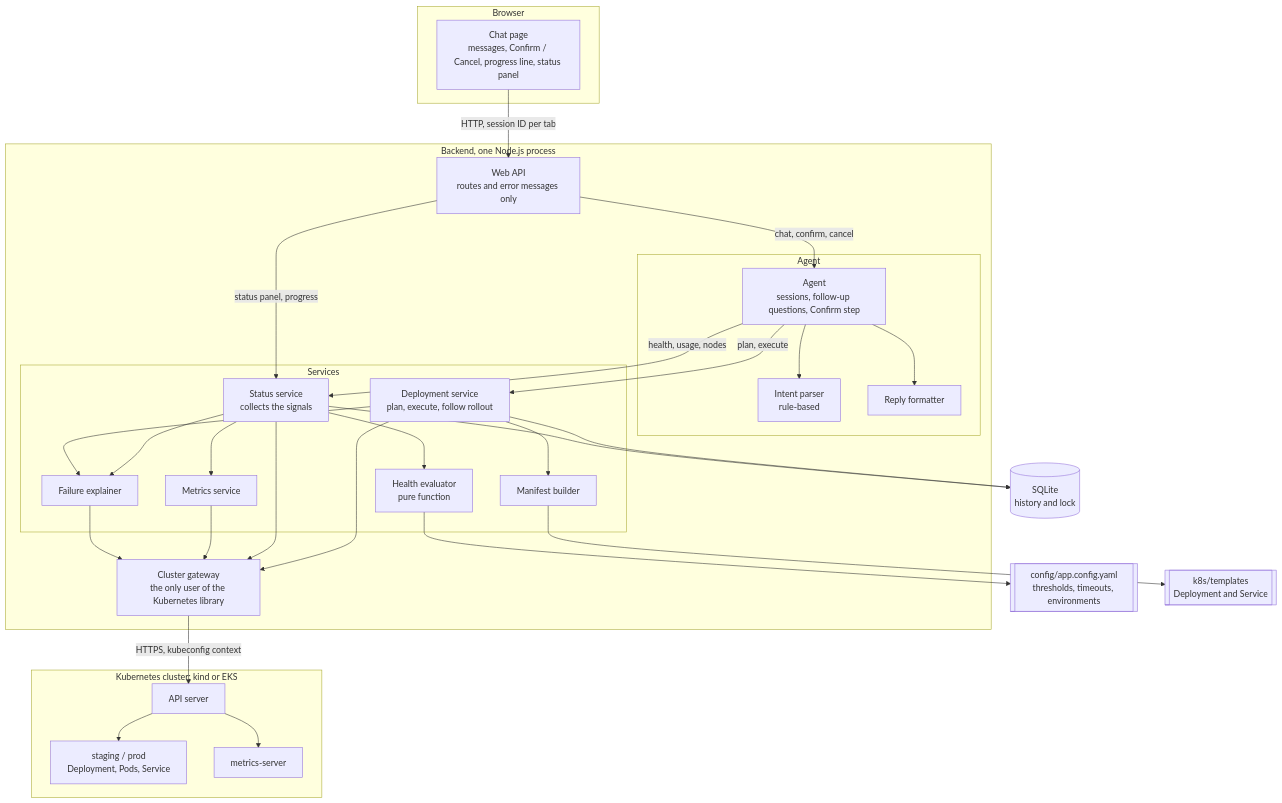
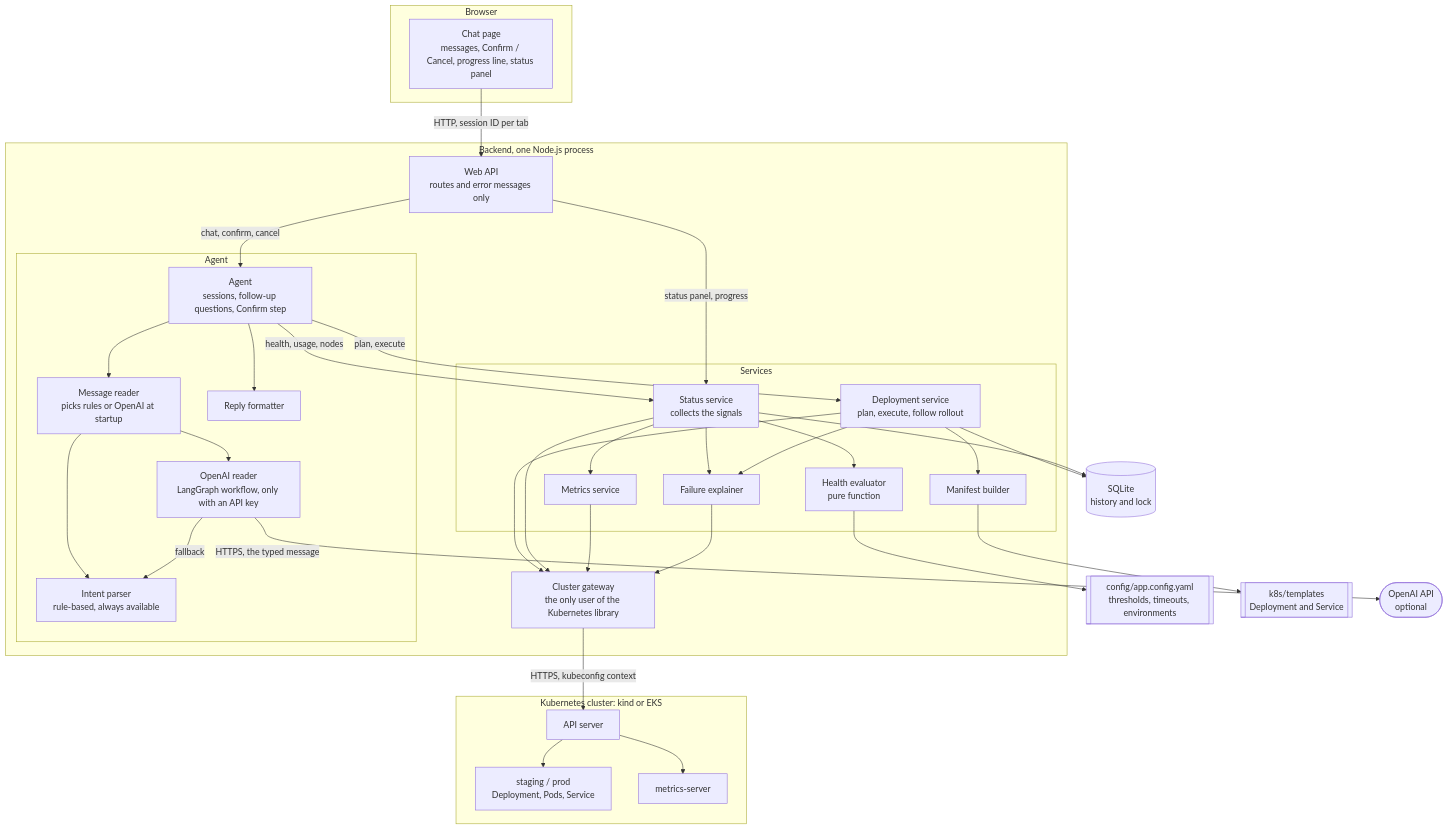
One commit to Suhailsubair007/deployment-assistant changed the first of 2 diagrams in DESIGN.md. Above: the diagram before and after it, drawn with Mermaid. The commit also changed other lines of this file and 20 other files, not shown here.

First line of the commit message:
feat: read chat messages with OpenAI when an API key is set

````diff
--- a/DESIGN.md
+++ b/DESIGN.md
@@ -5,61 +5,69 @@
 ```mermaid
 flowchart TB
     subgraph browser["Browser"]
         ui["Chat page<br/>messages, Confirm / Cancel, progress line, status panel"]
     end
 
     subgraph backend["Backend, one Node.js process"]
         api["Web API<br/>routes and error messages only"]
 
         subgraph agentLayer["Agent"]
-            parser["Intent parser<br/>rule-based"]
             agent["Agent<br/>sessions, follow-up questions, Confirm step"]
+            reader["Message reader<br/>picks rules or OpenAI at startup"]
+            parser["Intent parser<br/>rule-based, always available"]
+            llm["OpenAI reader<br/>LangGraph workflow, only with an API key"]
             formatter["Reply formatter"]
         end
 
         subgraph services["Services"]
             deploy["Deployment service<br/>plan, execute, follow rollout"]
             status["Status service<br/>collects the signals"]
             health["Health evaluator<br/>pure function"]
             metrics["Metrics service"]
             explain["Failure explainer"]
             manifests["Manifest builder"]
         end
 
         gateway["Cluster gateway<br/>the only user of the Kubernetes library"]
     end
 
     db[("SQLite<br/>history and lock")]
     config[["config/app.config.yaml<br/>thresholds, timeouts, environments"]]
     templates[["k8s/templates<br/>Deployment and Service"]]
 
+    openai(["OpenAI API<br/>optional"])
+
     subgraph cluster["Kubernetes cluster: kind or EKS"]
         apiserver["API server"]
         workloads["staging / prod<br/>Deployment, Pods, Service"]
         metricsserver["metrics-server"]
     end
 
     ui -- "HTTP, session ID per tab" --> api
     api -- "chat, confirm, cancel" --> agent
     api -- "status panel, progress" --> status
-    agent --> parser
+    agent --> reader
+    reader --> parser
+    reader --> llm
+    llm -- "fallback" --> parser
+    llm -- "HTTPS, the typed message" --> openai
     agent --> formatter
     agent -- "plan, execute" --> deploy
     agent -- "health, usage, nodes" --> status
     status --> health
     status --> metrics
     status --> explain
     deploy --> explain
     deploy --> manifests
     manifests --> templates
     deploy --> db
     status --> db
     health --> config
     deploy --> gateway
     status --> gateway
     metrics --> gateway
     explain --> gateway
     gateway -- "HTTPS, kubeconfig context" --> apiserver
     apiserver --> workloads
     apiserver --> metricsserver
 ```
````
